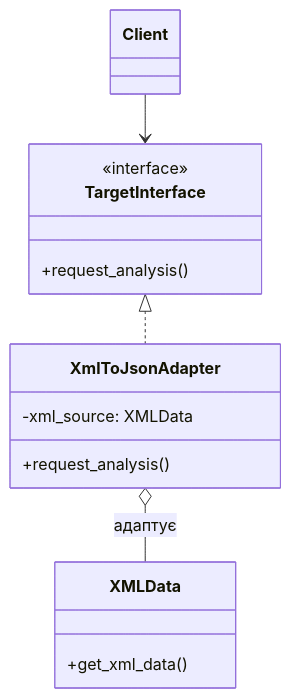
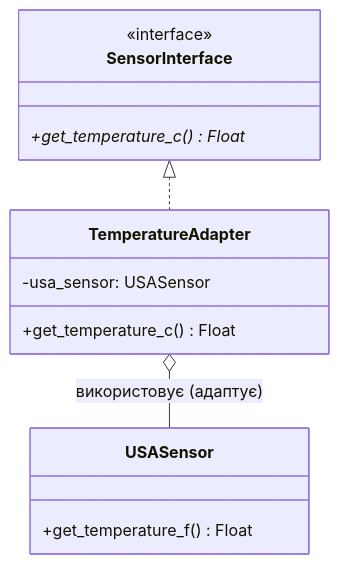
One commit to bohdanfariyon/web changed the second of 3 diagrams in README.md. Above: the diagram before and after it, drawn with Mermaid. The commit also changed other lines of this file, not shown here.

Commit message:
Update README with Factory Method and Adapter patterns

````diff
--- a/README.md
+++ b/README.md
@@ -149,20 +133,17 @@
 ```mermaid
 classDiagram
-    class Client {
+    class SensorInterface {
+        <<interface>>
+        +get_temperature_c()* Float
     }
-    class TargetInterface {
-        <<interface>>
-        +request_analysis()
+    class TemperatureAdapter {
+        -usa_sensor: USASensor
+        +get_temperature_c() Float
     }
-    class XmlToJsonAdapter {
-        -xml_source: XMLData
-        +request_analysis()
-    }
-    class XMLData {
-        +get_xml_data()
+    class USASensor {
+        +get_temperature_f() Float
     }
 
-    Client --> TargetInterface
-    TargetInterface <|.. XmlToJsonAdapter
-    XmlToJsonAdapter o-- XMLData : адаптує
+    SensorInterface <|.. TemperatureAdapter
+    TemperatureAdapter o-- USASensor : використовує (адаптує)
 ```
````
